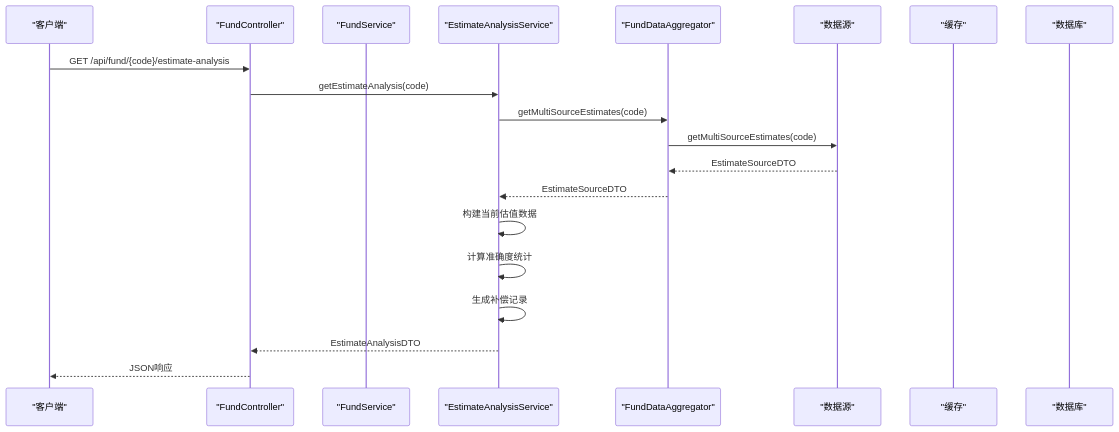
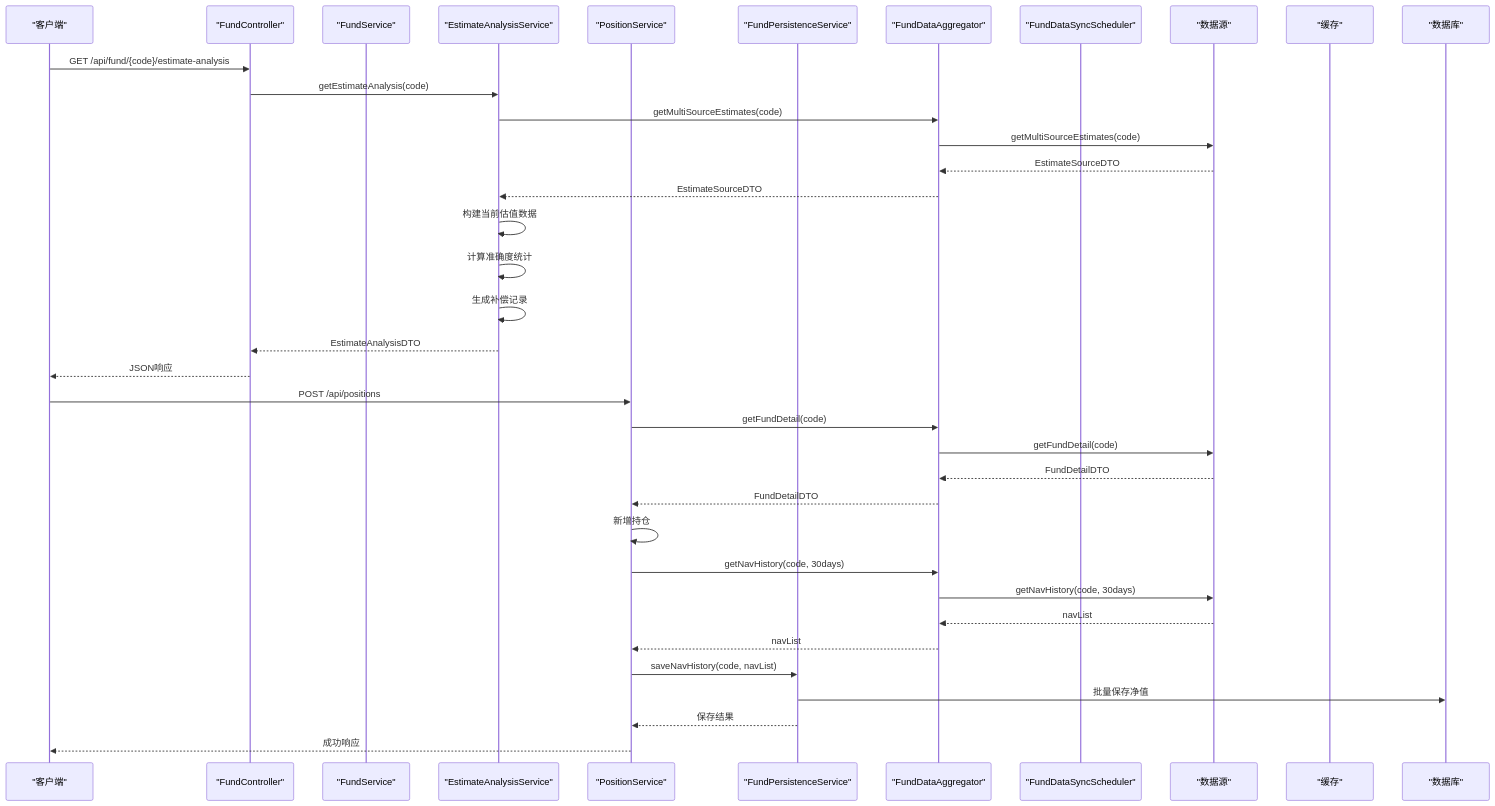
The sixth of 28 diagrams in .qoder/repowiki/zh/content/核心功能开发/FundController增强.md (gree-coder/fund-butler), drawn with Mermaid before and after one commit. The commit also changed other lines of this file and 7 other files, not shown here.

````diff
--- a/.qoder/repowiki/zh/content/核心功能开发/FundController增强.md
+++ b/.qoder/repowiki/zh/content/核心功能开发/FundController增强.md
@@ -373,22 +465,39 @@
 ```mermaid
 sequenceDiagram
 participant Client as "客户端"
 participant Controller as "FundController"
 participant Service as "FundService"
 participant AnalysisService as "EstimateAnalysisService"
+participant PositionService as "PositionService"
+participant PersistenceService as "FundPersistenceService"
 participant Aggregator as "FundDataAggregator"
+participant Scheduler as "FundDataSyncScheduler"
 participant DataSource as "数据源"
 participant Cache as "缓存"
 participant Database as "数据库"
 Client->>Controller : GET /api/fund/{code}/estimate-analysis
 Controller->>AnalysisService : getEstimateAnalysis(code)
 AnalysisService->>Aggregator : getMultiSourceEstimates(code)
 Aggregator->>DataSource : getMultiSourceEstimates(code)
 DataSource-->>Aggregator : EstimateSourceDTO
 Aggregator-->>AnalysisService : EstimateSourceDTO
 AnalysisService->>AnalysisService : 构建当前估值数据
 AnalysisService->>AnalysisService : 计算准确度统计
 AnalysisService->>AnalysisService : 生成补偿记录
 AnalysisService-->>Controller : EstimateAnalysisDTO
 Controller-->>Client : JSON响应
+Client->>PositionService : POST /api/positions
+PositionService->>Aggregator : getFundDetail(code)
+Aggregator->>DataSource : getFundDetail(code)
+DataSource-->>Aggregator : FundDetailDTO
+Aggregator-->>PositionService : FundDetailDTO
+PositionService->>PositionService : 新增持仓
+PositionService->>Aggregator : getNavHistory(code, 30days)
+Aggregator->>DataSource : getNavHistory(code, 30days)
+DataSource-->>Aggregator : navList
+Aggregator-->>PositionService : navList
+PositionService->>PersistenceService : saveNavHistory(code, navList)
+PersistenceService->>Database : 批量保存净值
+PersistenceService-->>PositionService : 保存结果
+PositionService-->>Client : 成功响应
 ```
````
